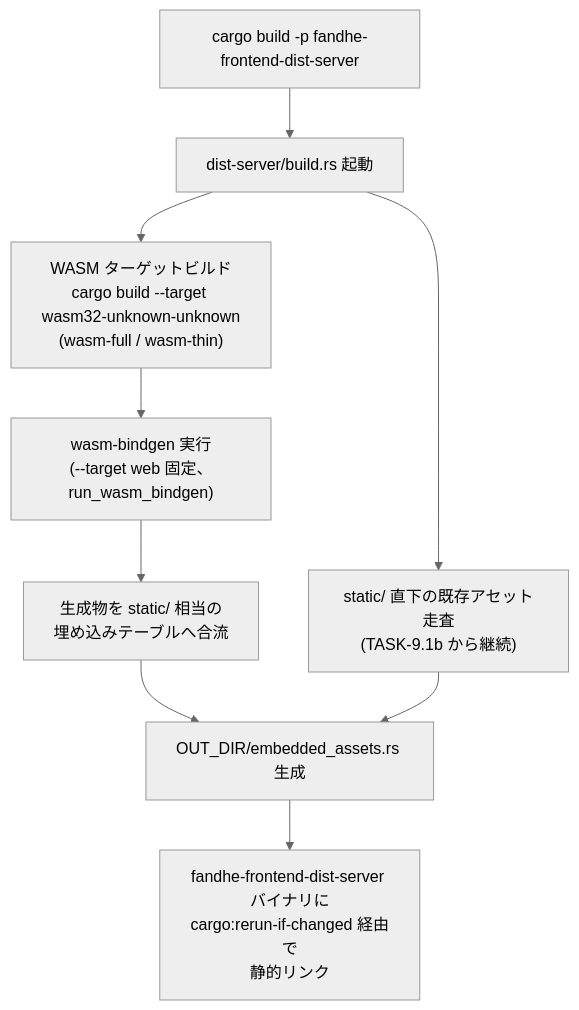
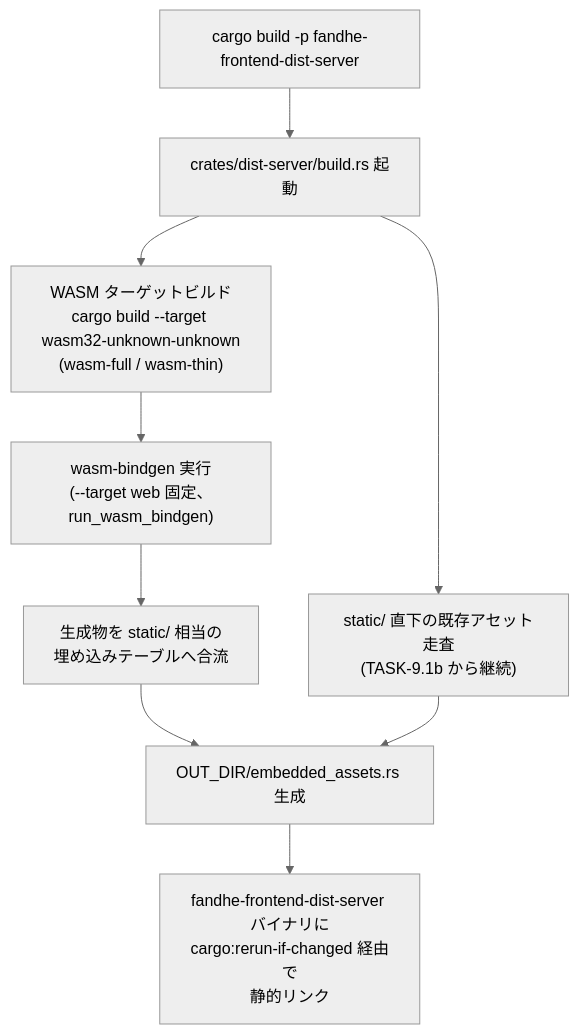
The diagram in docs/design/wasm-build-integration.md (Fandhe-AI/fandhe-frontend), drawn with Mermaid (neutral theme) before and after one commit. The commit also changed other lines of this file and 66 other files, not shown here.

First line of the commit message:
docs(global): fandhe-frontend への表記統一（docs・CI・スクリプト） (#444)

````diff
--- a/docs/design/wasm-build-integration.md
+++ b/docs/design/wasm-build-integration.md
@@ -122,11 +122,11 @@
 ```mermaid
 flowchart TD
-    A["cargo build -p fandhe-frontend-dist-server"] --> B["dist-server/build.rs 起動"]
+    A["cargo build -p fandhe-frontend-dist-server"] --> B["crates/dist-server/build.rs 起動"]
     B --> C["WASM ターゲットビルド\ncargo build --target wasm32-unknown-unknown\n(wasm-full / wasm-thin)"]
     C --> D["wasm-bindgen 実行\n(--target web 固定、run_wasm_bindgen)"]
     D --> E["生成物を static/ 相当の\n埋め込みテーブルへ合流"]
     B --> F["static/ 直下の既存アセット走査\n(TASK-9.1b から継続)"]
     E --> G["OUT_DIR/embedded_assets.rs 生成"]
     F --> G
     G --> H["fandhe-frontend-dist-server バイナリに\ncargo:rerun-if-changed 経由で\n静的リンク"]
 ```
````
